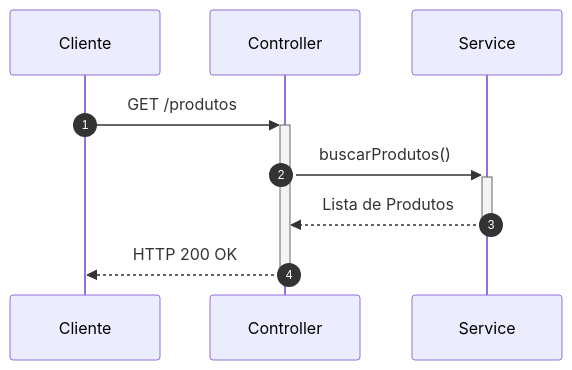
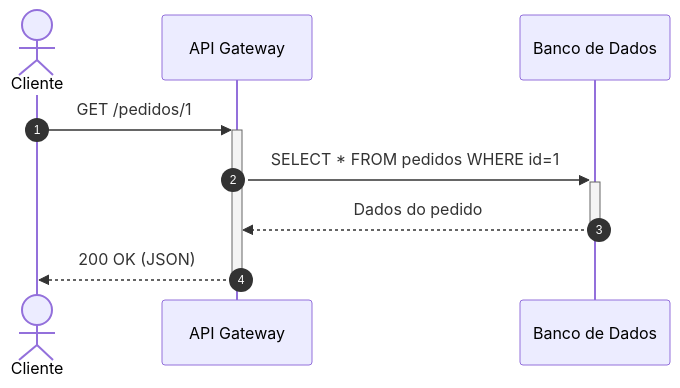
The third of 29 diagrams in skills/documentation-designer/SKILL.md (dandgabr/skills), drawn with Mermaid before and after one commit. The commit also changed other lines of this file and 3 other files, not shown here.

Commit message:
docs: update documentation-designer skill to support all Mermaid diagrams

````diff
--- a/skills/documentation-designer/SKILL.md
+++ b/skills/documentation-designer/SKILL.md
@@ -82,8 +81,11 @@
 ```mermaid
 sequenceDiagram
     autonumber
-    Cliente->>+Controller: GET /produtos
-    Controller->>+Service: buscarProdutos()
-    Service-->>-Controller: Lista de Produtos
-    Controller-->>-Cliente: HTTP 200 OK
+    actor Cliente
+    participant API as API Gateway
+    participant DB as Banco de Dados
+    Cliente->>+API: GET /pedidos/1
+    API->>+DB: SELECT * FROM pedidos WHERE id=1
+    DB-->>-API: Dados do pedido
+    API-->>-Cliente: 200 OK (JSON)
 ```
````
